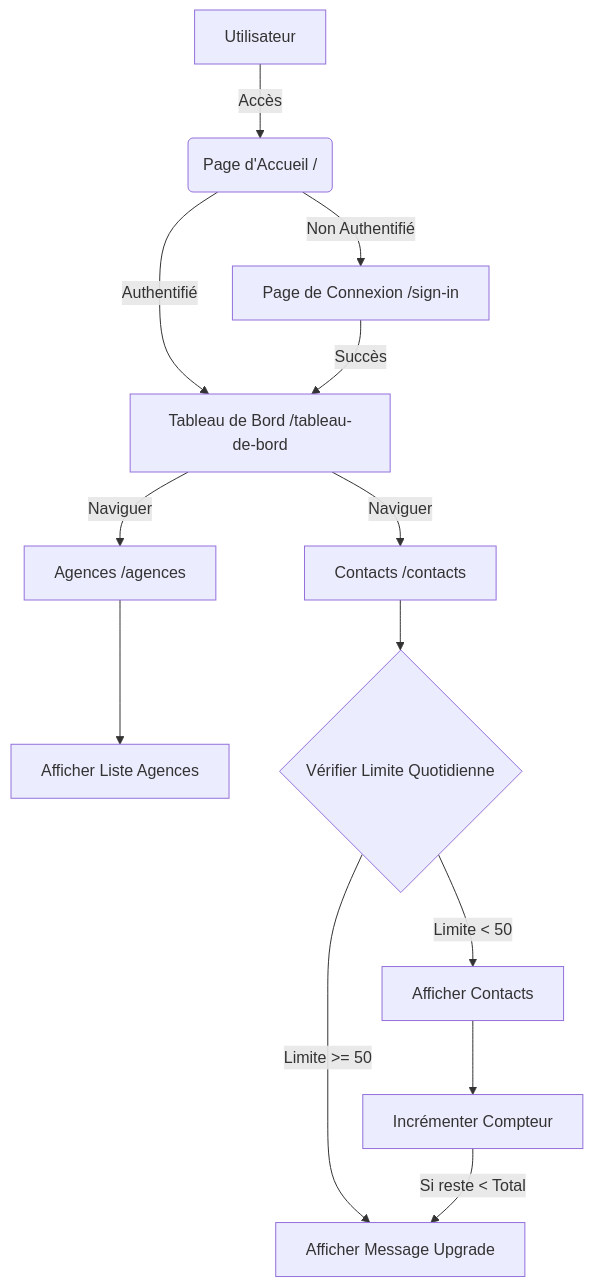
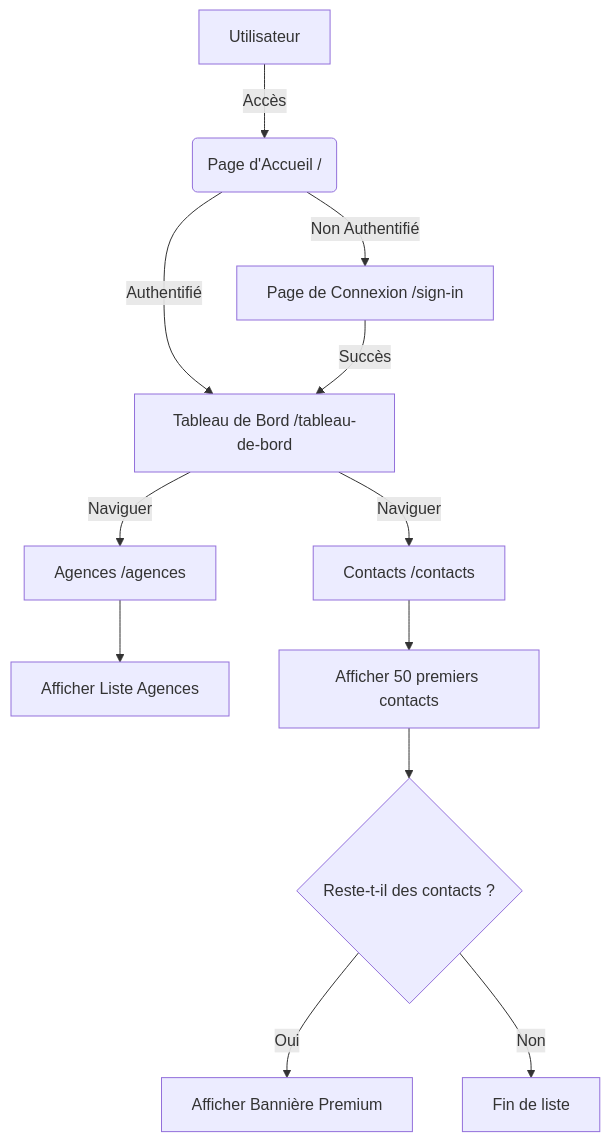
The diagram in README.md (Afakhar27/devoir_stage), drawn with Mermaid before and after one commit. The commit also changed other lines of this file and 20 other files, not shown here.

````diff
--- a/README.md
+++ b/README.md
@@ -35,15 +35,14 @@
 ```mermaid
 graph TD
     A[Utilisateur] -->|Accès| B(Page d'Accueil /)
     B -->|Non Authentifié| C[Page de Connexion /sign-in]
     B -->|Authentifié| D[Tableau de Bord /tableau-de-bord]
     C -->|Succès| D
     D -->|Naviguer| E[Agences /agences]
     D -->|Naviguer| F[Contacts /contacts]
     E --> G[Afficher Liste Agences]
-    F --> H{Vérifier Limite Quotidienne}
-    H -->|Limite < 50| I[Afficher Contacts]
-    I --> J[Incrémenter Compteur]
-    H -->|Limite >= 50| K[Afficher Message Upgrade]
-    J -->|Si reste < Total| K
+    F --> H[Afficher 50 premiers contacts]
+    H --> I{Reste-t-il des contacts ?}
+    I -->|Oui| J[Afficher Bannière Premium]
+    I -->|Non| K[Fin de liste]
 ```
````
